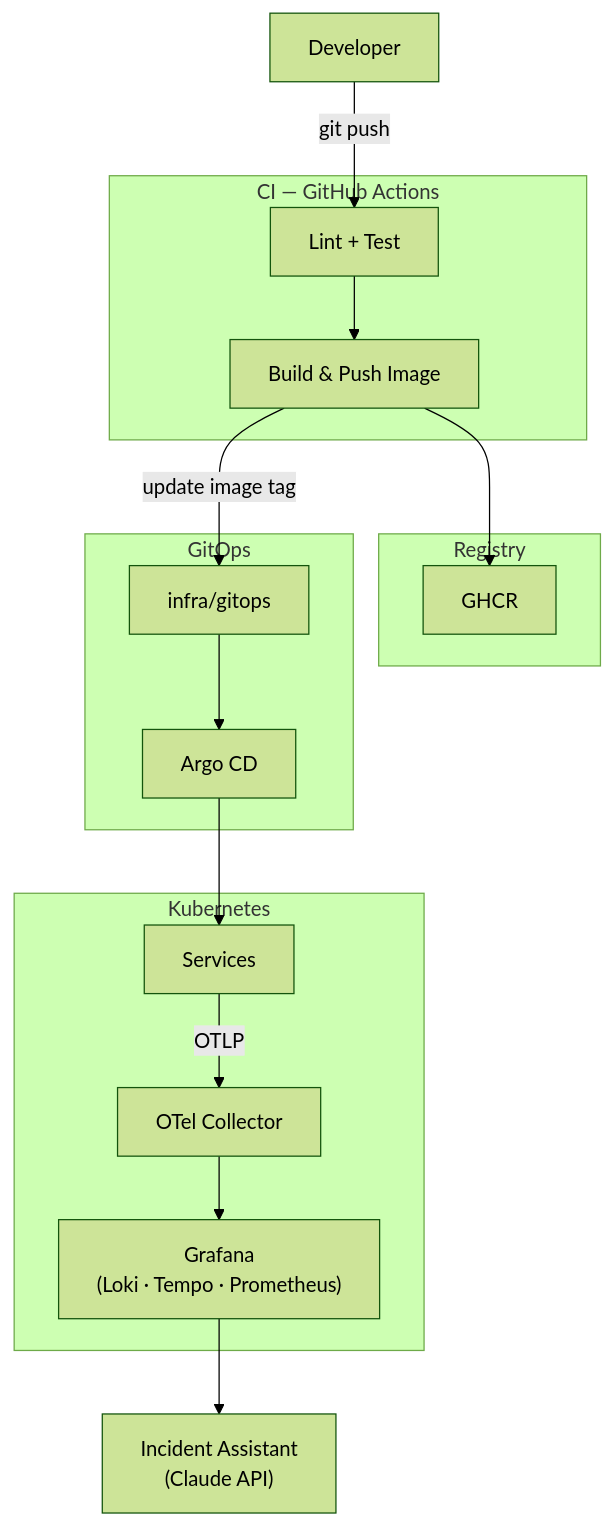
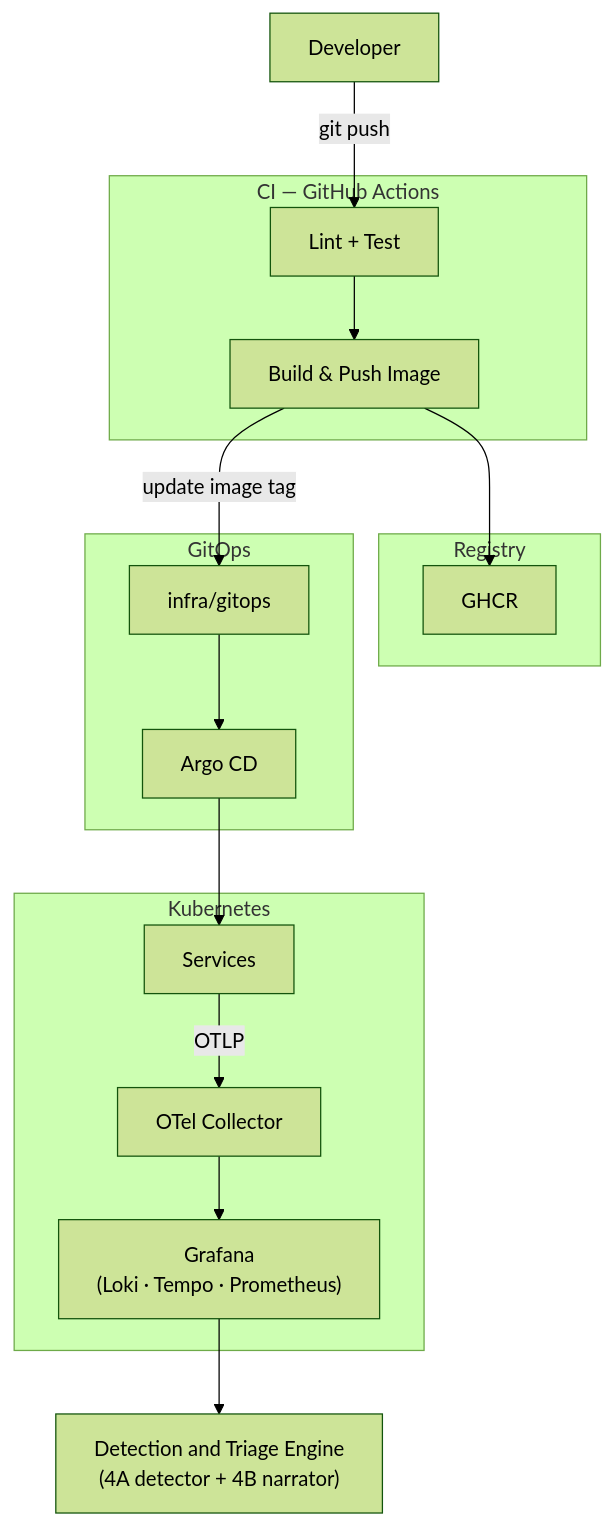
Before and after one commit to kakhavai/foundry: the diagram in README.md, drawn with Mermaid (forest theme). The commit also changed other lines of this file and 6 other files, not shown here.

First line of the commit message:
docs: rewrite Phase 4 as Incident Detection and Triage Engine (4A/4B)

````diff
--- a/README.md
+++ b/README.md
@@ -7,31 +7,31 @@
 ```mermaid
 graph TD
     Dev["Developer"]
 
     subgraph "CI — GitHub Actions"
         Lint["Lint + Test"]
         Build["Build & Push Image"]
     end
 
     subgraph "Registry"
         GHCR["GHCR"]
     end
 
     subgraph "GitOps"
         GitOpsRepo["infra/gitops"]
         Argo["Argo CD"]
     end
 
     subgraph "Kubernetes"
         Services["Services"]
         OTelCol["OTel Collector"]
         Grafana["Grafana\n(Loki · Tempo · Prometheus)"]
     end
 
-    Assistant["Incident Assistant\n(Claude API)"]
+    Assistant["Detection and Triage Engine\n(4A detector + 4B narrator)"]
 
     Dev -->|"git push"| Lint --> Build --> GHCR
     Build -->|"update image tag"| GitOpsRepo --> Argo --> Services
     Services -->|"OTLP"| OTelCol --> Grafana
     Grafana --> Assistant
 ```
````
